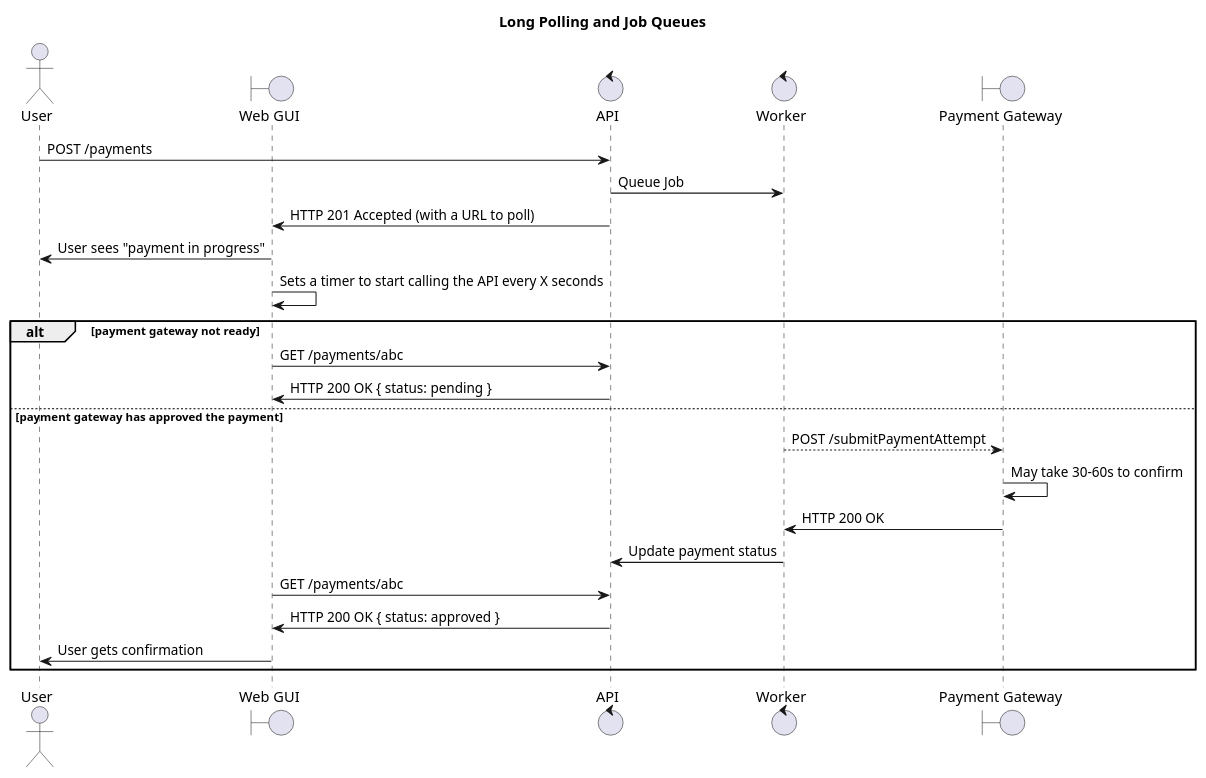
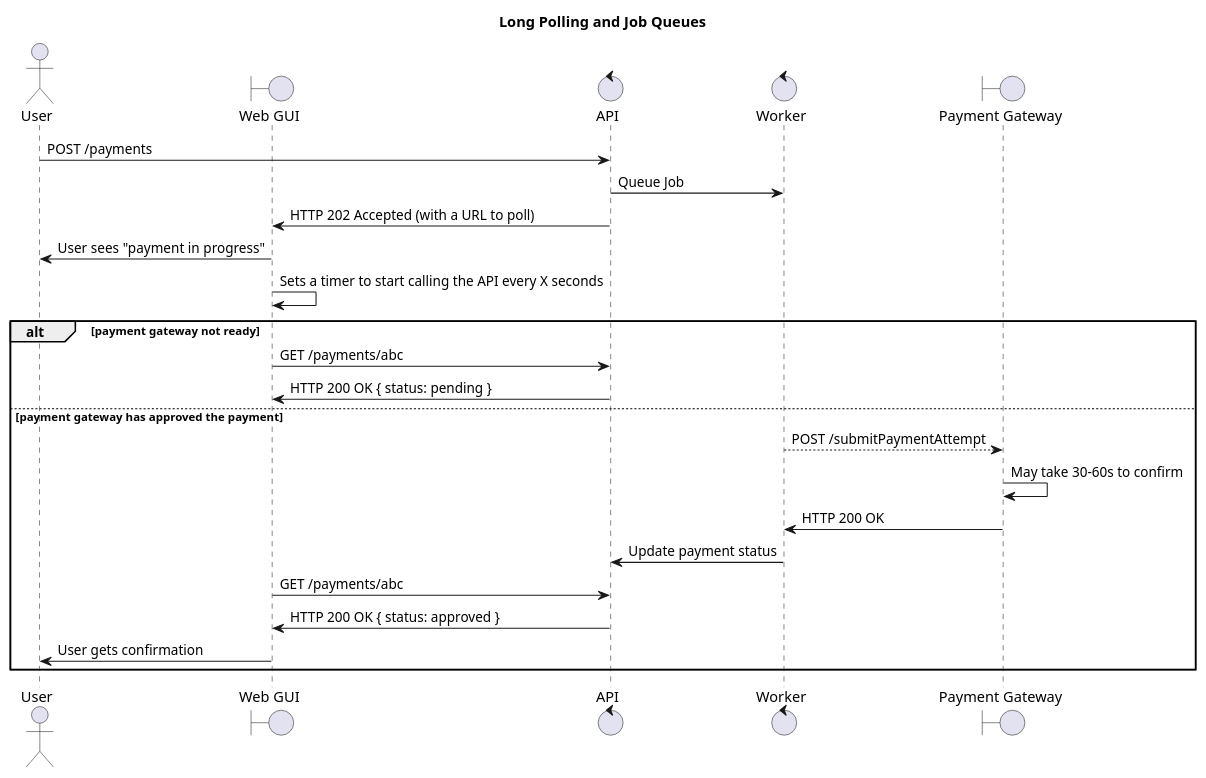
The second of 2 diagrams in src/1-theory/10-async.adoc (apisyouwonthate/book-build-apis-2), drawn with PlantUML before and after one commit. The commit also changed other lines of this file, not shown here.

```diff
--- a/src/1-theory/10-async.adoc
+++ b/src/1-theory/10-async.adoc
@@ -48,33 +48,33 @@
 [plantuml]
 ----
 @startuml
 
 title Long Polling and Job Queues
 
 actor User
 boundary "Web GUI" as GUI
 control "API"
 control Worker
 boundary "Payment Gateway" as PG
 
 User -> API: POST /payments
 API -> Worker: Queue Job
-GUI <- API: HTTP 201 Accepted (with a URL to poll)
+GUI <- API: HTTP 202 Accepted (with a URL to poll)
 User <- GUI: User sees "payment in progress"
 GUI -> GUI: Sets a timer to start calling the API every X seconds
 
 alt payment gateway not ready
     GUI -> API: GET /payments/abc
     GUI <- API: HTTP 200 OK { status: pending }
 else payment gateway has approved the payment
     Worker --> PG: POST /submitPaymentAttempt
     PG -> PG: May take 30-60s to confirm
     Worker <- PG: HTTP 200 OK
     Worker -> API: Update payment status
     GUI -> API: GET /payments/abc
     GUI <- API: HTTP 200 OK { status: approved }
     User <- GUI: User gets confirmation
 end
 
 @enduml
 ----
```
